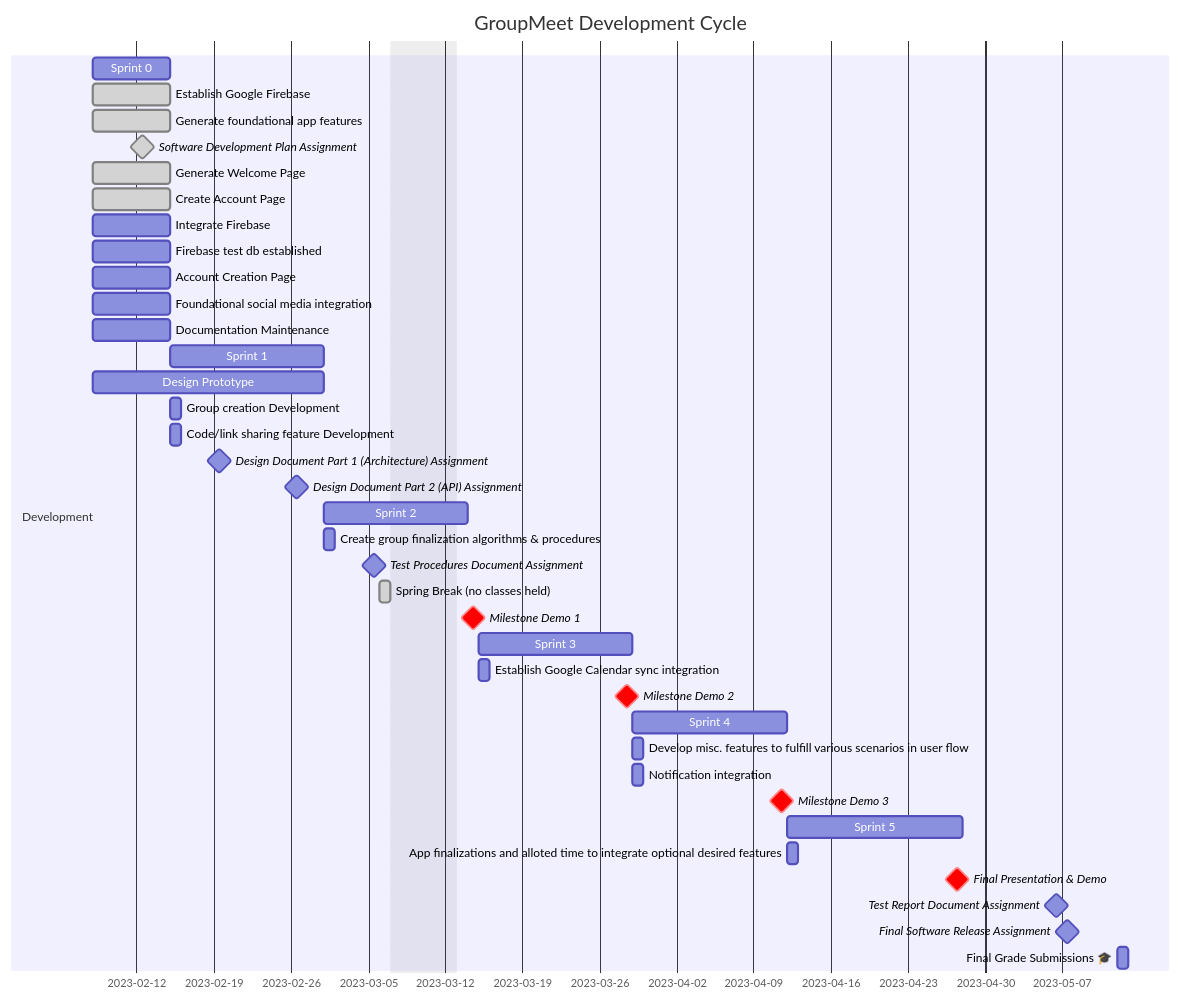
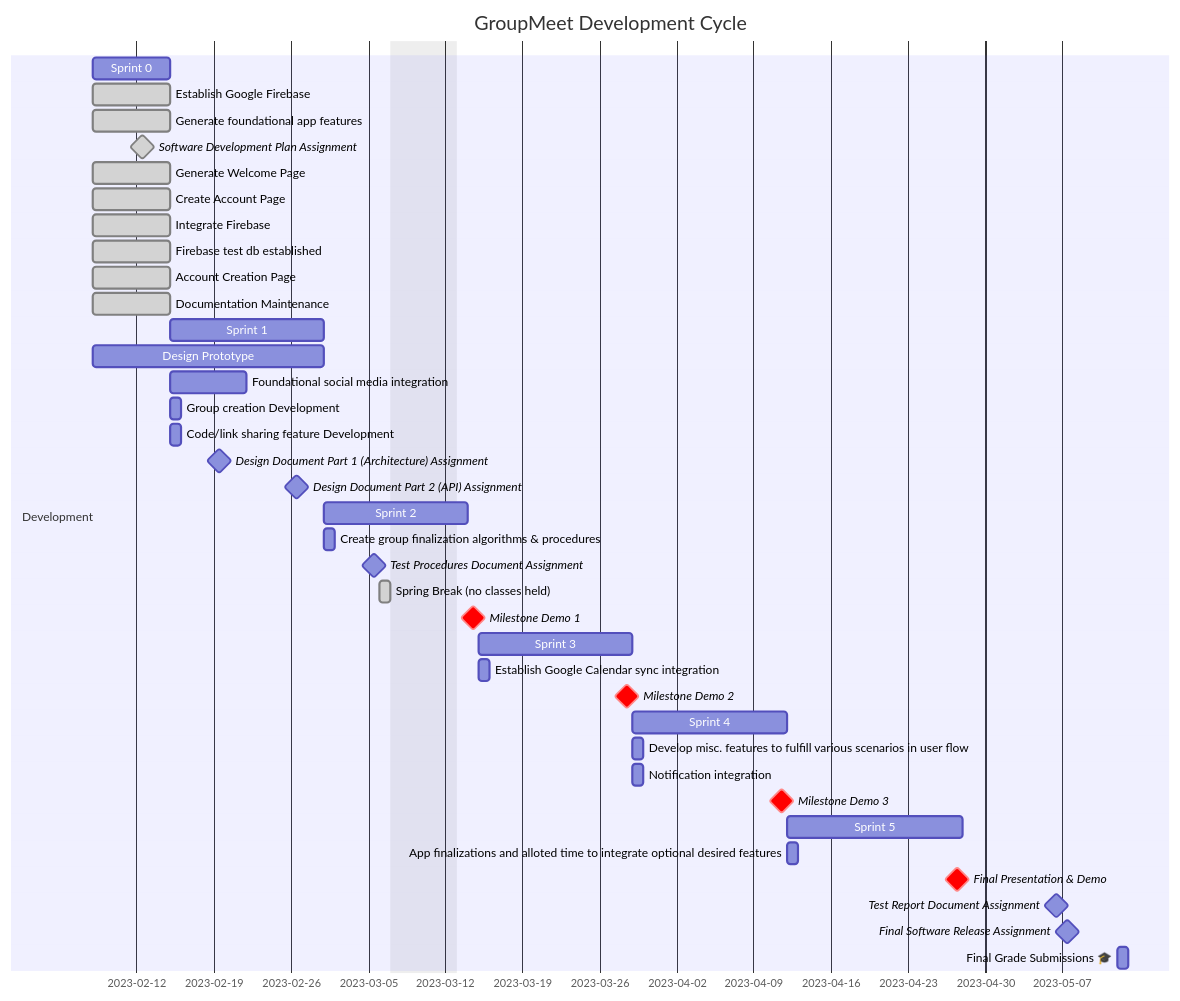
One commit to Capstone-Projects-2023-Spring/project-groupmeet changed the diagram in documentation/docs/development-plan/schedule.md. Above: the diagram before and after it, drawn with Mermaid.

````diff
--- a/documentation/docs/development-plan/schedule.md
+++ b/documentation/docs/development-plan/schedule.md
@@ -7,77 +7,77 @@
 ```mermaid
 gantt
     title GroupMeet Development Cycle
     dateFormat  YYYY-MM-DD
     excludes 2023-03-07 2023-03-08 2023-03-09 2023-03-10 2023-03-11 2023-03-12
         section Development 
          Sprint 0: , 2023-02-08, 1w
         section Development 
          Establish Google Firebase:  done, 2023-02-08, 1w
         section Development 
          Generate foundational app features:  done, 2023-02-08, 1w
         section Development 
          Software Development Plan Assignment: milestone, done, 2023-02-12, 1d
         section Development 
          Generate Welcome Page:  done, 2023-02-08, 1w
         section Development 
          Create Account Page:  done, 2023-02-08, 1w
         section Development 
-         Integrate Firebase:  , 2023-02-08, 1w
+         Integrate Firebase:  done, 2023-02-08, 1w
         section Development 
-         Firebase test db established:  , 2023-02-08, 1w
+         Firebase test db established:  done, 2023-02-08, 1w
         section Development 
-         Account Creation Page:  , 2023-02-08, 1w
+         Account Creation Page:  done, 2023-02-08, 1w
         section Development 
-         Foundational social media integration:  , 2023-02-08, 1w
-        section Development 
-         Documentation Maintenance:  , 2023-02-08, 1w
+         Documentation Maintenance:  done, 2023-02-08, 1w
         section Development 
          Sprint 1: , 2023-02-15, 2w
         section Development 
          Design Prototype:  , 2023-02-08, 3w
+        section Development 
+         Foundational social media integration:  , 2023-02-15, 1w
         section Development 
          Group creation Development:  , 2023-02-15, 1d
         section Development 
          Code/link sharing feature Development:  , 2023-02-15, 1d
         section Development 
          Design Document Part 1 (Architecture) Assignment: milestone, , 2023-02-19, 1d
         section Development 
          Design Document Part 2 (API) Assignment: milestone, , 2023-02-26, 1d
         section Development 
          Sprint 2: , 2023-03-01, 1w
         section Development 
          Create group finalization algorithms & procedures:  , 2023-03-01, 1d
         section Development 
          Test Procedures Document Assignment: milestone, , 2023-03-05, 1d
         section Development 
          Spring Break (no classes held): done, 2023-03-06, 1d
         section Development 
          Milestone Demo 1 :crit, milestone,  , 2023-03-14, 1d
         section Development 
          Sprint 3: , 2023-03-15, 2w
         section Development 
          Establish Google Calendar sync integration:  , 2023-03-15, 1d
         section Development 
          Milestone Demo 2 :crit, milestone,  , 2023-03-28, 1d
         section Development 
          Sprint 4: , 2023-03-29, 2w
         section Development 
          Develop misc. features to fulfill various scenarios in user flow:  , 2023-03-29, 1d
         section Development 
          Notification integration:  , 2023-03-29, 1d
         section Development 
          Milestone Demo 3 :crit, milestone,  , 2023-04-11, 1d
         section Development 
          Sprint 5: , 2023-04-12, 16d
         section Development 
          App finalizations and alloted time to integrate optional desired features:  , 2023-04-12, 1d
         section Development 
          Final Presentation & Demo :crit, milestone,  , 2023-04-27, 1d
         section Development 
          Test Report Document Assignment: milestone, , 2023-05-06, 1d
         section Development 
          Final Software Release Assignment: milestone, , 2023-05-07, 1d
         section Development 
          Final Grade Submissions 🎓 :  , 2023-05-12, 1d
         
 ```
````
